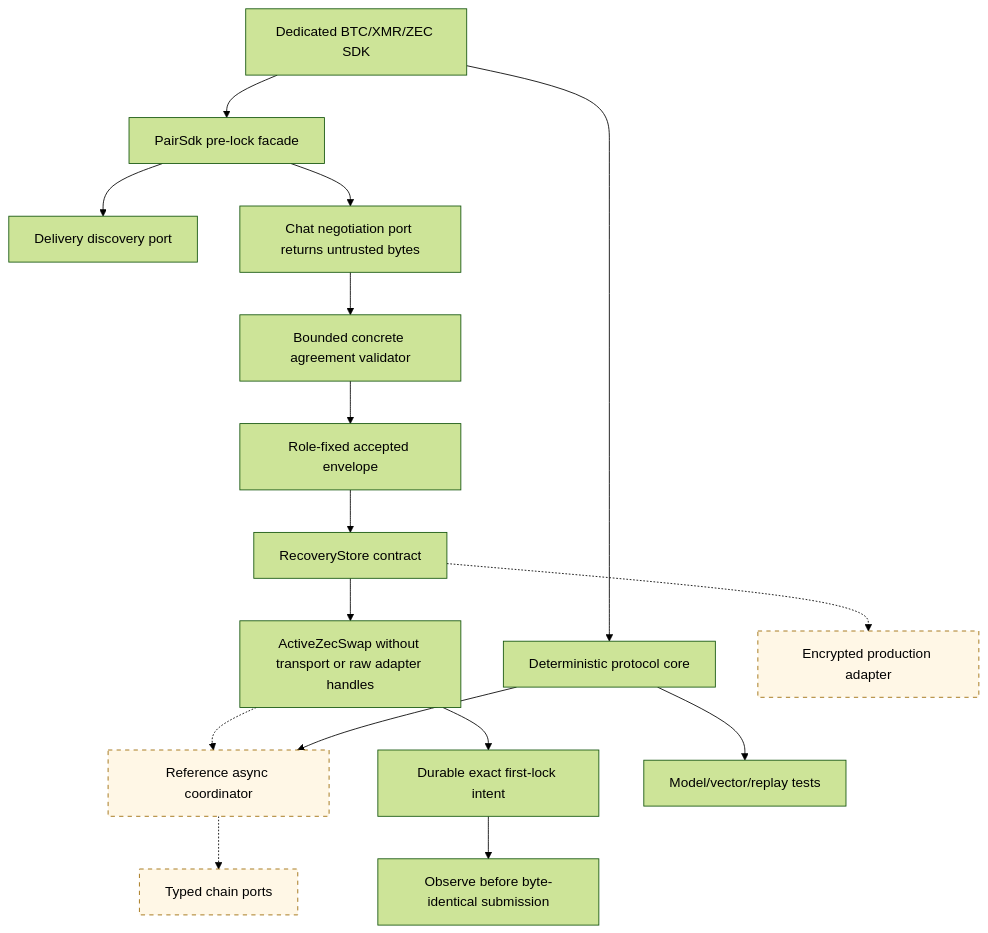
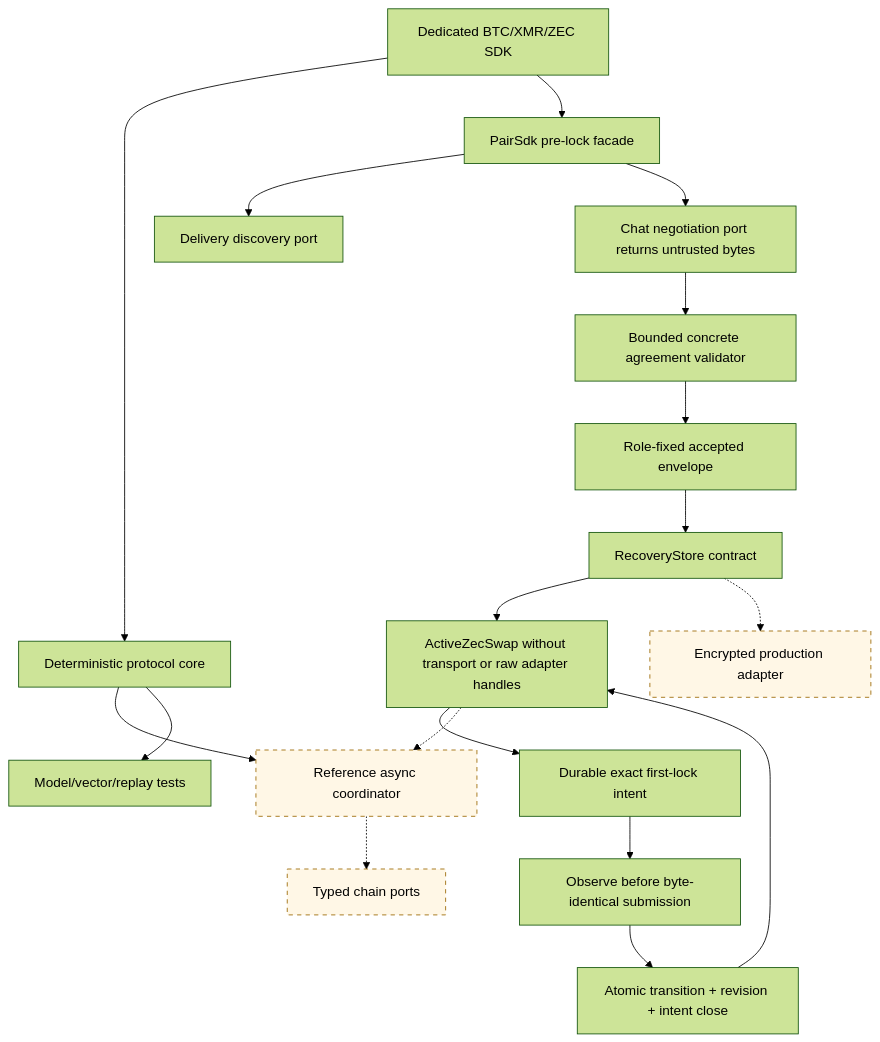
The diagram in docs/architecture/0013-sdk-layering.md (gateway-fm/lez-atomic-swaps), drawn with Mermaid (forest theme) before and after one commit. The commit also changed other lines of this file and 14 other files, not shown here.

````diff
--- a/docs/architecture/0013-sdk-layering.md
+++ b/docs/architecture/0013-sdk-layering.md
@@ -6,21 +6,23 @@
 ```mermaid
 flowchart TB
     Pair["Dedicated BTC/XMR/ZEC SDK"] --> Core["Deterministic protocol core"]
     Pair --> Facade["PairSdk pre-lock facade"]
     Facade --> Discovery["Delivery discovery port"]
     Facade --> Negotiation["Chat negotiation port returns untrusted bytes"]
     Negotiation --> Validator["Bounded concrete agreement validator"]
     Validator --> Accepted["Role-fixed accepted envelope"]
     Accepted --> Store["RecoveryStore contract"]
     Store --> Active["ActiveZecSwap without transport or raw adapter handles"]
     Active --> Intent["Durable exact first-lock intent"]
     Intent --> Observe["Observe before byte-identical submission"]
+    Observe --> Projection["Atomic transition + revision + intent close"]
+    Projection --> Active
     Active -.-> Runtime["Reference async coordinator"]
     Runtime -.-> Nodes["Typed chain ports"]
     Store -.-> Encrypted["Encrypted production adapter"]
     Core --> Runtime
     Core --> Tests["Model/vector/replay tests"]
 
     classDef planned stroke-dasharray: 5 5,fill:#fff7e6,stroke:#9a6700;
     class Runtime,Nodes,Encrypted planned;
 ```
````
